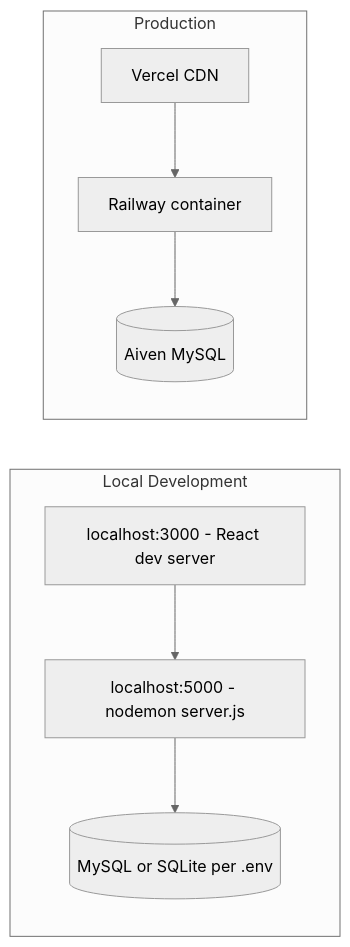
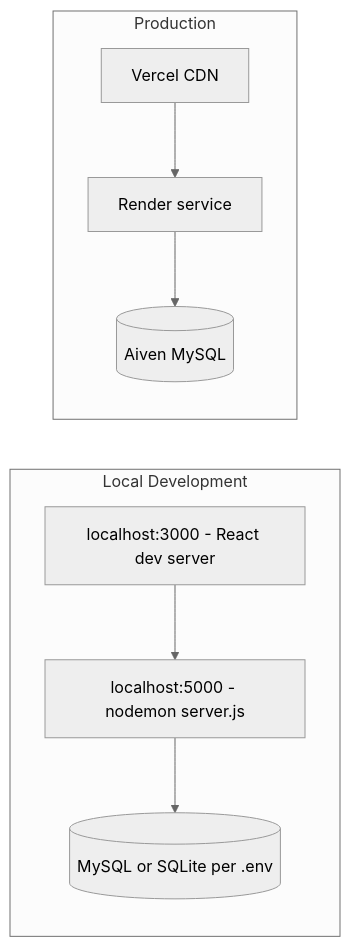
The third of 4 diagrams in docs/deployment/architecture.md (ShamindaKanchana/Expense_tracker), drawn with Mermaid (neutral theme) before and after one commit. The commit also changed other lines of this file and 2 other files, not shown here.

First line of the commit message:
docs(sec): sync security/architecture/SRS with prod reality 2026-10-11

````diff
--- a/docs/deployment/architecture.md
+++ b/docs/deployment/architecture.md
@@ -156,16 +158,16 @@
 ```mermaid
 flowchart LR
     subgraph Dev["Local Development"]
         DevFE["localhost:3000 - React dev server"]
         DevBE["localhost:5000 - nodemon server.js"]
         DevDB[("MySQL or SQLite per .env")]
         DevFE --> DevBE --> DevDB
     end
 
     subgraph Prod["Production"]
         ProdFE["Vercel CDN"]
-        ProdBE["Railway container"]
+        ProdBE["Render service"]
         ProdDB[("Aiven MySQL")]
         ProdFE --> ProdBE --> ProdDB
     end
 ```
````
